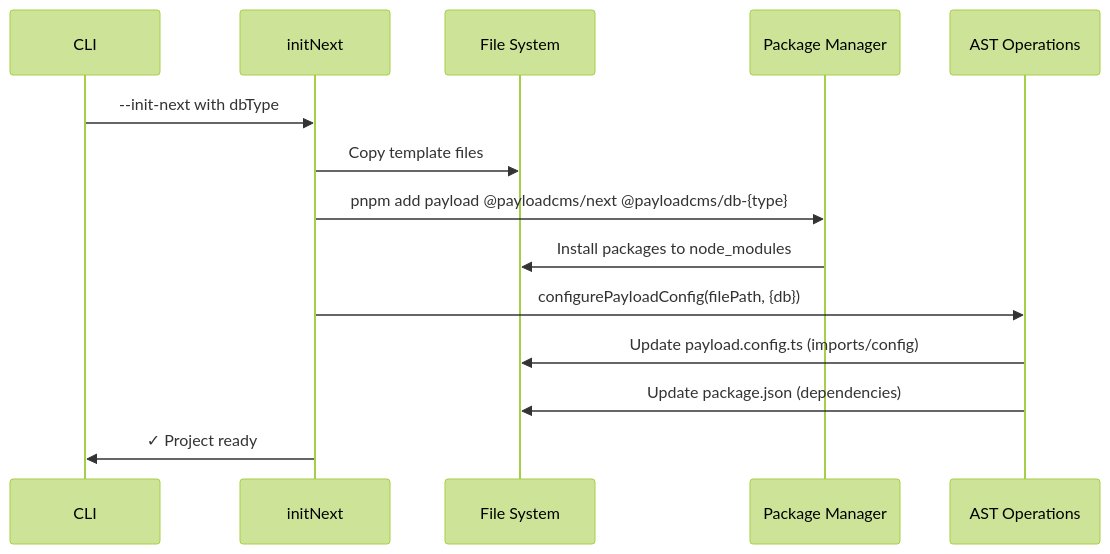
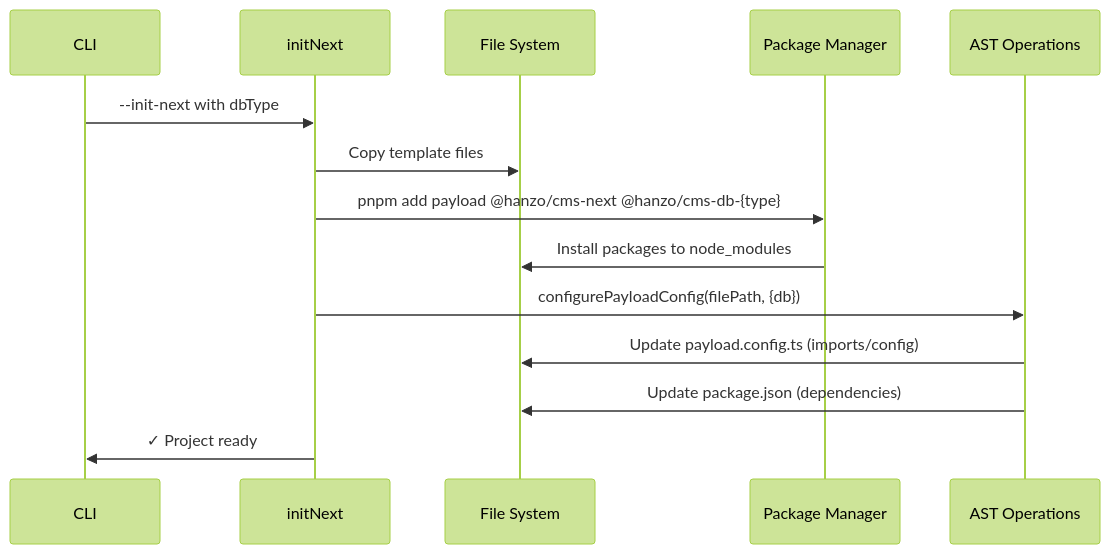
One commit to hanzo-apps/cms changed the first of 2 diagrams in packages/create-payload-app/CLAUDE.md. Above: the diagram before and after it, drawn with Mermaid (forest theme). The commit also changed other lines of this file and 3696 other files, not shown here.

First line of the commit message:
feat: rebrand all packages to @hanzo/cms scope (Payload v3.85.2 fork)

````diff
--- a/packages/create-payload-app/CLAUDE.md
+++ b/packages/create-payload-app/CLAUDE.md
@@ -59,17 +59,17 @@
 ```mermaid
 sequenceDiagram
     participant CLI
     participant initNext
     participant FS as File System
     participant PM as Package Manager
     participant AST as AST Operations
 
     CLI->>initNext: --init-next with dbType
     initNext->>FS: Copy template files
-    initNext->>PM: pnpm add payload @payloadcms/next @payloadcms/db-{type}
+    initNext->>PM: pnpm add payload @hanzo/cms-next @hanzo/cms-db-{type}
     PM->>FS: Install packages to node_modules
     initNext->>AST: configurePayloadConfig(filePath, {db})
     AST->>FS: Update payload.config.ts (imports/config)
     AST->>FS: Update package.json (dependencies)
     initNext->>CLI: ✓ Project ready
 ```
````
